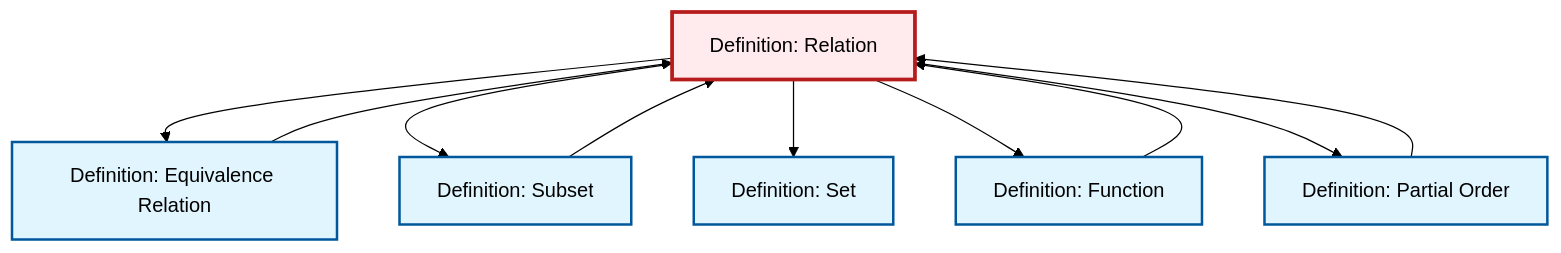
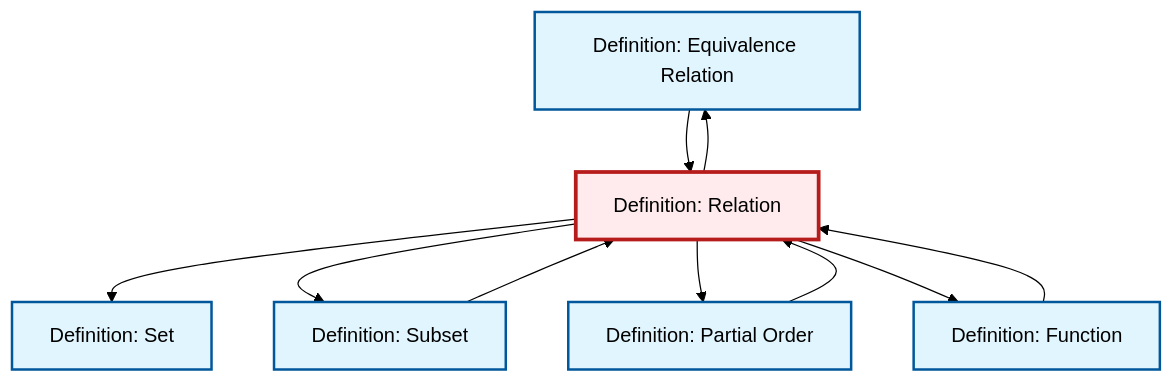
Before and after one commit to RK0429/ModernMath: the diagram in content/en/logic-set-theory/def-relation.qmd, drawn with Mermaid (forest theme). The commit also changed other lines of this file and 634 other files, not shown here.

````diff
--- a/content/en/logic-set-theory/def-relation.qmd
+++ b/content/en/logic-set-theory/def-relation.qmd
@@ -90,30 +90,30 @@
 ```{mermaid}
 %%| fig-cap: "Local dependency graph"
 graph TD
     classDef definition fill:#e1f5fe,stroke:#01579b,stroke-width:2px
     classDef theorem fill:#f3e5f5,stroke:#4a148c,stroke-width:2px
     classDef axiom fill:#fff3e0,stroke:#e65100,stroke-width:2px
     classDef example fill:#e8f5e9,stroke:#1b5e20,stroke-width:2px
     classDef current fill:#ffebee,stroke:#b71c1c,stroke-width:3px
+    def-equivalence-relation["Definition: Equivalence Relation"]:::definition
+    def-partial-order["Definition: Partial Order"]:::definition
+    def-subset["Definition: Subset"]:::definition
+    def-function["Definition: Function"]:::definition
     def-relation["Definition: Relation"]:::definition
     def-set["Definition: Set"]:::definition
-    def-partial-order["Definition: Partial Order"]:::definition
-    def-equivalence-relation["Definition: Equivalence Relation"]:::definition
-    def-subset["Definition: Subset"]:::definition
-    def-function["Definition: Function"]:::definition
+    def-relation --> def-set
+    def-subset --> def-relation
+    def-relation --> def-subset
     def-relation --> def-equivalence-relation
-    def-relation --> def-subset
-    def-relation --> def-set
+    def-function --> def-relation
+    def-relation --> def-partial-order
+    def-relation --> def-function
     def-partial-order --> def-relation
     def-equivalence-relation --> def-relation
-    def-subset --> def-relation
-    def-relation --> def-function
-    def-relation --> def-partial-order
-    def-function --> def-relation
     class def-relation current
-    click def-set "def-set.html" "Go to Set definition"
+    click def-equivalence-relation "def-equivalence-relation.html" "Go to Equivalence Relation definition"
     click def-partial-order "def-partial-order.html" "Go to Partial Order definition"
-    click def-equivalence-relation "def-equivalence-relation.html" "Go to Equivalence Relation definition"
     click def-subset "def-subset.html" "Go to Subset definition"
     click def-function "def-function.html" "Go to Function definition"
+    click def-set "def-set.html" "Go to Set definition"
 ```
````
